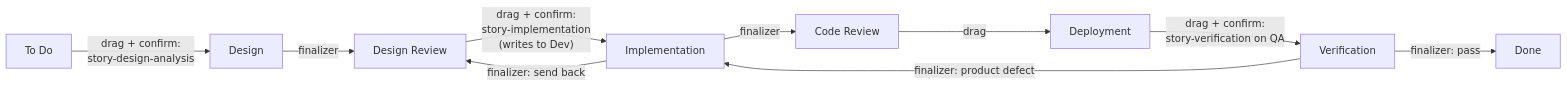
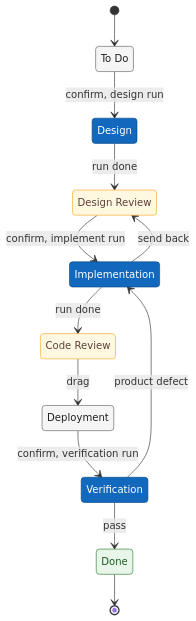
Before and after one commit to ram-020998/project-tracker: the fifth of 6 diagrams in genesis/architecture/07-runtime-view.md, drawn with Mermaid. The commit also changed other lines of this file and 24 other files, not shown here.

First line of the commit message:
architecture: rewrite all 86 Mermaid diagrams to one C4 style, each render-checked

````diff
--- a/genesis/architecture/07-runtime-view.md
+++ b/genesis/architecture/07-runtime-view.md
@@ -183,12 +224,31 @@
 ```mermaid
-flowchart LR
-    todo["To Do"] -- "drag + confirm:<br/>story-design-analysis" --> design["Design"]
-    design -- "finalizer" --> dr["Design Review"]
-    dr -- "drag + confirm:<br/>story-implementation<br/>(writes to Dev)" --> impl["Implementation"]
-    impl -- "finalizer" --> cr["Code Review"]
-    impl -- "finalizer: send back" --> dr
-    cr -- "drag" --> dep["Deployment"]
-    dep -- "drag + confirm:<br/>story-verification on QA" --> ver["Verification"]
-    ver -- "finalizer: pass" --> done["Done"]
-    ver -- "finalizer: product defect" --> impl
+stateDiagram-v2
+    direction TB
+    state "To Do" as todo
+    state "Design" as design
+    state "Design Review" as dr
+    state "Implementation" as impl
+    state "Code Review" as cr
+    state "Deployment" as dep
+    state "Verification" as ver
+    state "Done" as done
+    [*] --> todo
+    todo --> design : confirm, design run
+    design --> dr : run done
+    dr --> impl : confirm, implement run
+    impl --> cr : run done
+    impl --> dr : send back
+    cr --> dep : drag
+    dep --> ver : confirm, verification run
+    ver --> done : pass
+    ver --> impl : product defect
+    done --> [*]
+    classDef auto fill:#1168bd,stroke:#0b4884,color:#ffffff
+    classDef review fill:#fff8e1,stroke:#f9a825,color:#5d4037
+    classDef terminal fill:#e8f5e9,stroke:#2e7d32,color:#1b5e20
+    class design,impl,ver auto
+    class dr,cr review
+    classDef plain fill:#f5f5f5,stroke:#616161,color:#212121
+    class todo,dep plain
+    class done terminal
 ```
````
